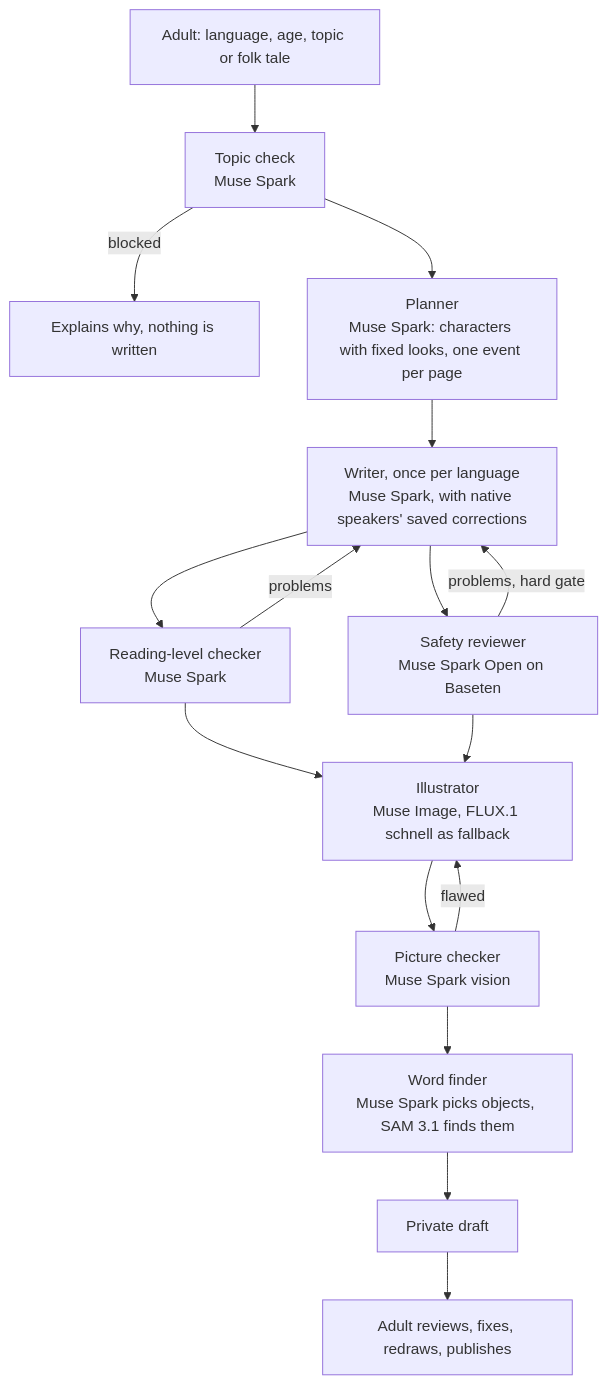
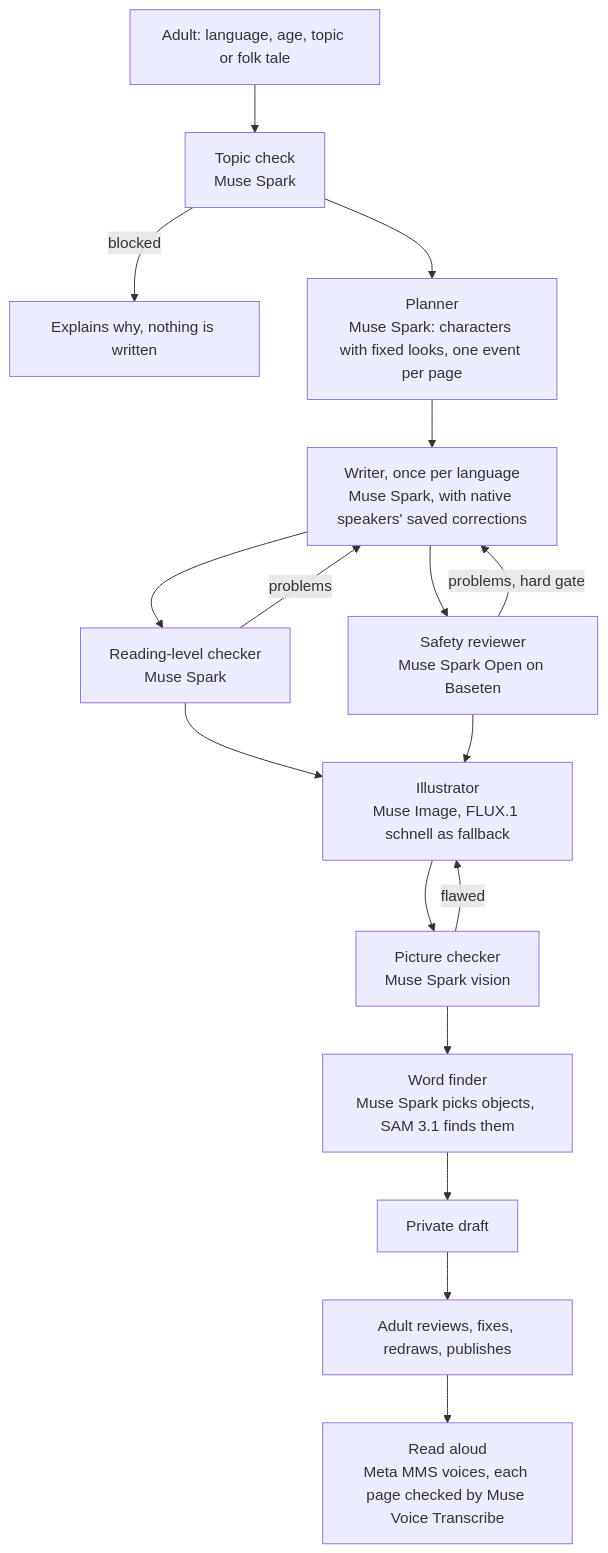
The diagram in README.md (Sahaj1207/mothertongue-books), drawn with Mermaid before and after one commit. The commit also changed other lines of this file, not shown here.

Commit message:
README: read-aloud in the flowchart and its cost

````diff
--- a/README.md
+++ b/README.md
@@ -69,33 +69,35 @@
 ```mermaid
 
 flowchart TD
 
     A[Adult: language, age, topic or folk tale] --> B[Topic check<br/>Muse Spark]
 
     B -->|blocked| X[Explains why, nothing is written]
 
     B --> C[Planner<br/>Muse Spark: characters with fixed looks, one event per page]
 
     C --> D[Writer, once per language<br/>Muse Spark, with native speakers' saved corrections]
 
     D --> E[Reading-level checker<br/>Muse Spark]
 
     D --> F[Safety reviewer<br/>Muse Spark Open on Baseten]
 
     E -->|problems| D
 
     F -->|problems, hard gate| D
 
     E & F --> G[Illustrator<br/>Muse Image, FLUX.1 schnell as fallback]
 
     G --> H[Picture checker<br/>Muse Spark vision]
 
     H -->|flawed| G
 
     H --> I[Word finder<br/>Muse Spark picks objects, SAM 3.1 finds them]
 
     I --> J[Private draft]
 
     J --> K[Adult reviews, fixes, redraws, publishes]
 
+    K --> L[Read aloud<br/>Meta MMS voices, each page checked by Muse Voice Transcribe]
+
 ```
````
